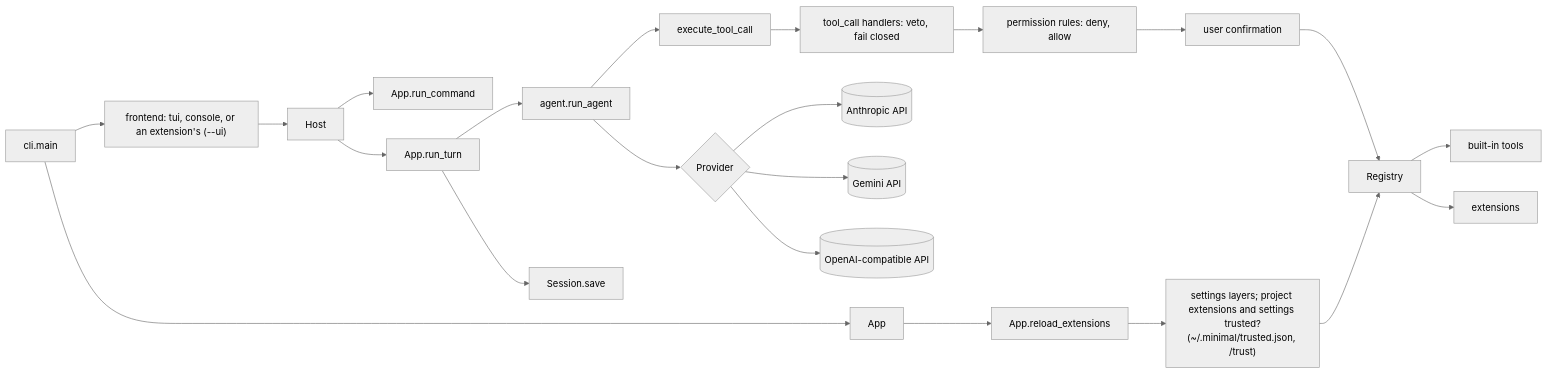
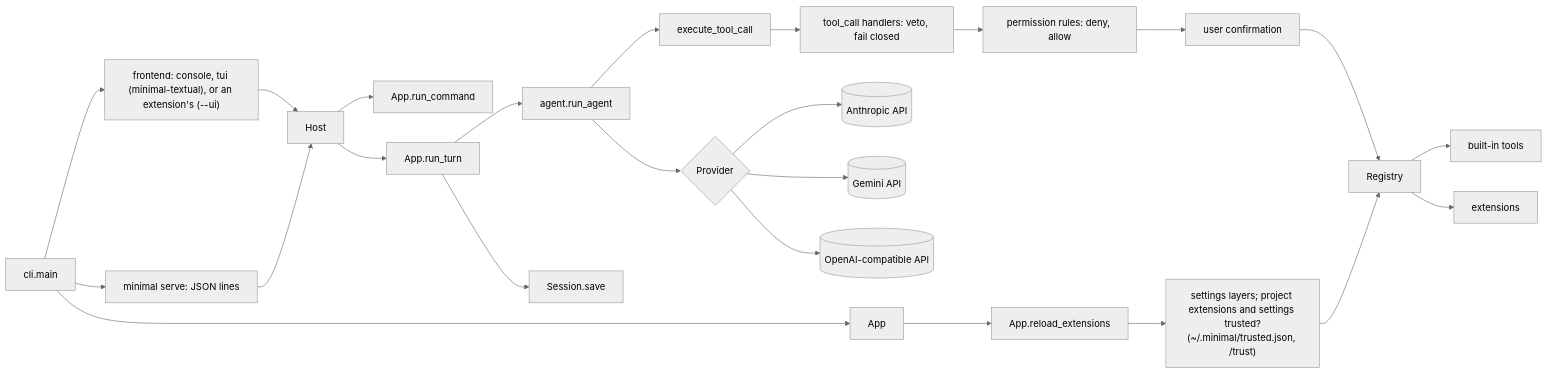
One commit to RafaSG13/Minimal changed the diagram in README.md. Above: the diagram before and after it, drawn with Mermaid (neutral theme). The commit also changed other lines of this file and 38 other files, not shown here.

First line of the commit message:
Core only: minimal serve, entry-point frontends, Textual UI moved out (API 2.0) (#65)

````diff
--- a/README.md
+++ b/README.md
@@ -242,17 +249,18 @@
 ```mermaid
 flowchart LR
   cli[cli.main] --> app[App]
-  cli --> frontend["frontend: tui, console, or an extension's (--ui)"] --> host[Host]
+  cli --> frontend["frontend: console, tui (minimal-textual), or an extension's (--ui)"] --> host[Host]
+  cli --> serve["minimal serve: JSON lines"] --> host
   host --> commands[App.run_command]
   host --> turn[App.run_turn]
   turn --> agent[agent.run_agent]
   agent --> provider{Provider}
   provider --> anthropic[(Anthropic API)]
   provider --> gemini[(Gemini API)]
   provider --> openai[(OpenAI-compatible API)]
   agent --> exec[execute_tool_call] --> guard["tool_call handlers: veto, fail closed"] --> perms["permission rules: deny, allow"] --> confirm[user confirmation] --> registry[Registry]
   registry --> tools[built-in tools]
   registry --> ext[extensions]
   app --> reload[App.reload_extensions] --> trust["settings layers; project extensions and settings trusted?<br/>(~/.minimal/trusted.json, /trust)"] --> registry
   turn --> session[Session.save]
 ```
````
